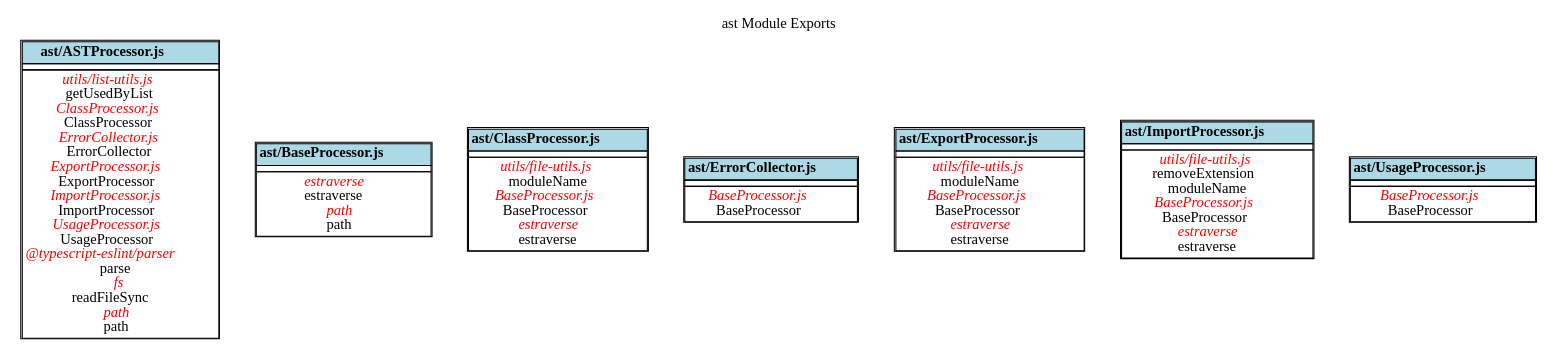
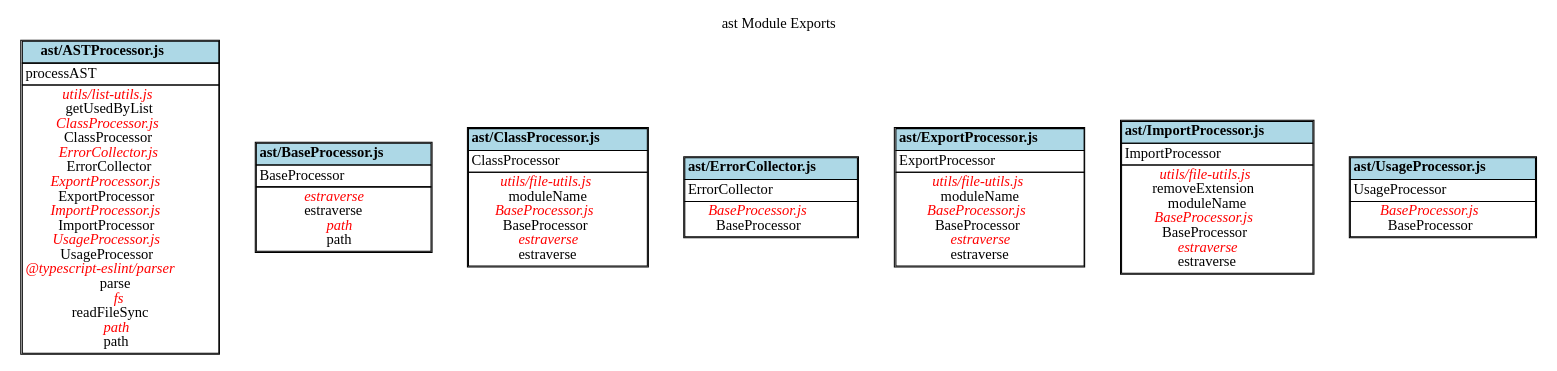
Before and after one commit to fleebe/dep-graph: the diagram in docs/ast/ExportGraph.dot, drawn with Graphviz. The commit also changed 38 other files, not shown here.

```diff
--- a/docs/ast/ExportGraph.dot
+++ b/docs/ast/ExportGraph.dot
@@ -1,104 +1,111 @@
 digraph {label="ast Module Exports";
 labelloc="t";
 "ast/ASTProcessor.js" [shape=none, label=<<TABLE cellspacing="0" cellborder="1">
 <TR><TD bgcolor="lightblue" align="center"><B>ast/ASTProcessor.js</B></TD></TR>
 <TR><TD align="left">
+processAST<BR/>
 </TD></TR>
 <TR><TD align="center">
 <font color="red"><I>utils/list-utils.js</I></font><BR/>
 getUsedByList<BR/>
 <font color="red"><I>ClassProcessor.js</I></font><BR/>
 ClassProcessor<BR/>
 <font color="red"><I>ErrorCollector.js</I></font><BR/>
 ErrorCollector<BR/>
 <font color="red"><I>ExportProcessor.js</I></font><BR/>
 ExportProcessor<BR/>
 <font color="red"><I>ImportProcessor.js</I></font><BR/>
 ImportProcessor<BR/>
 <font color="red"><I>UsageProcessor.js</I></font><BR/>
 UsageProcessor<BR/>
 <font color="red"><I>@typescript-eslint/parser</I></font><BR/>
 parse<BR/>
 <font color="red"><I>fs</I></font><BR/>
 readFileSync<BR/>
 <font color="red"><I>path</I></font><BR/>
 path<BR/>
 </TD></TR>
 </TABLE>>];
 
 "ast/BaseProcessor.js" [shape=none, label=<<TABLE cellspacing="0" cellborder="1">
 <TR><TD bgcolor="lightblue" align="center"><B>ast/BaseProcessor.js</B></TD></TR>
 <TR><TD align="left">
+BaseProcessor<BR/>
 </TD></TR>
 <TR><TD align="center">
 <font color="red"><I>estraverse</I></font><BR/>
 estraverse<BR/>
 <font color="red"><I>path</I></font><BR/>
 path<BR/>
 </TD></TR>
 </TABLE>>];
 
 "ast/ClassProcessor.js" [shape=none, label=<<TABLE cellspacing="0" cellborder="1">
 <TR><TD bgcolor="lightblue" align="center"><B>ast/ClassProcessor.js</B></TD></TR>
 <TR><TD align="left">
+ClassProcessor<BR/>
 </TD></TR>
 <TR><TD align="center">
 <font color="red"><I>utils/file-utils.js</I></font><BR/>
 moduleName<BR/>
 <font color="red"><I>BaseProcessor.js</I></font><BR/>
 BaseProcessor<BR/>
 <font color="red"><I>estraverse</I></font><BR/>
 estraverse<BR/>
 </TD></TR>
 </TABLE>>];
 
 "ast/ErrorCollector.js" [shape=none, label=<<TABLE cellspacing="0" cellborder="1">
 <TR><TD bgcolor="lightblue" align="center"><B>ast/ErrorCollector.js</B></TD></TR>
 <TR><TD align="left">
+ErrorCollector<BR/>
 </TD></TR>
 <TR><TD align="center">
 <font color="red"><I>BaseProcessor.js</I></font><BR/>
 BaseProcessor<BR/>
 </TD></TR>
 </TABLE>>];
 
 "ast/ExportProcessor.js" [shape=none, label=<<TABLE cellspacing="0" cellborder="1">
 <TR><TD bgcolor="lightblue" align="center"><B>ast/ExportProcessor.js</B></TD></TR>
 <TR><TD align="left">
+ExportProcessor<BR/>
 </TD></TR>
 <TR><TD align="center">
 <font color="red"><I>utils/file-utils.js</I></font><BR/>
 moduleName<BR/>
 <font color="red"><I>BaseProcessor.js</I></font><BR/>
 BaseProcessor<BR/>
 <font color="red"><I>estraverse</I></font><BR/>
 estraverse<BR/>
 </TD></TR>
 </TABLE>>];
 
 "ast/ImportProcessor.js" [shape=none, label=<<TABLE cellspacing="0" cellborder="1">
 <TR><TD bgcolor="lightblue" align="center"><B>ast/ImportProcessor.js</B></TD></TR>
 <TR><TD align="left">
+ImportProcessor<BR/>
 </TD></TR>
 <TR><TD align="center">
 <font color="red"><I>utils/file-utils.js</I></font><BR/>
 removeExtension<BR/>
 moduleName<BR/>
 <font color="red"><I>BaseProcessor.js</I></font><BR/>
 BaseProcessor<BR/>
 <font color="red"><I>estraverse</I></font><BR/>
 estraverse<BR/>
 </TD></TR>
 </TABLE>>];
 
 "ast/UsageProcessor.js" [shape=none, label=<<TABLE cellspacing="0" cellborder="1">
 <TR><TD bgcolor="lightblue" align="center"><B>ast/UsageProcessor.js</B></TD></TR>
 <TR><TD align="left">
+UsageProcessor<BR/>
 </TD></TR>
 <TR><TD align="center">
 <font color="red"><I>BaseProcessor.js</I></font><BR/>
 BaseProcessor<BR/>
 </TD></TR>
 </TABLE>>];
 
 }
```
